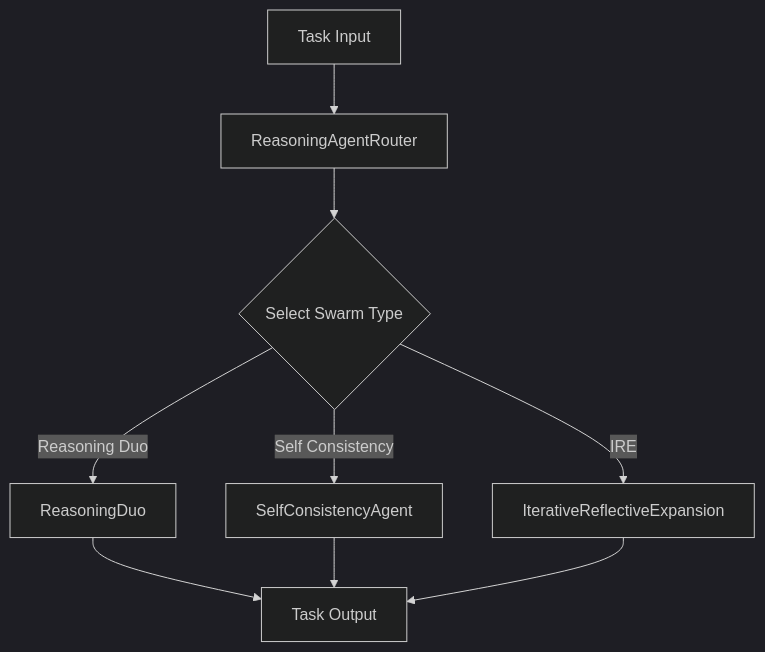
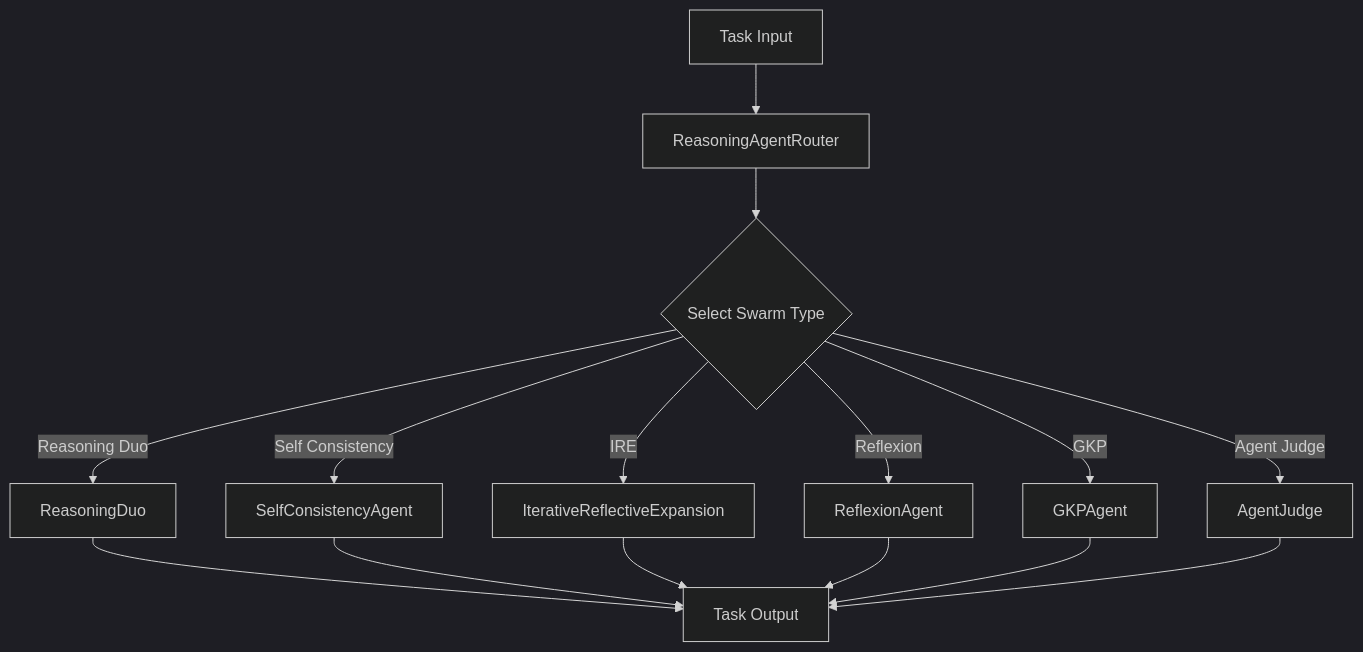
Before and after one commit to kyegomez/swarms: the diagram in docs/swarms/agents/reasoning_agent_router.md, drawn with Mermaid (dark theme). The commit also changed other lines of this file, not shown here.

Commit message:
reasoning agent router docs

````diff
--- a/docs/swarms/agents/reasoning_agent_router.md
+++ b/docs/swarms/agents/reasoning_agent_router.md
@@ -7,11 +8,17 @@
 ```mermaid
 graph TD
     Task[Task Input] --> Router[ReasoningAgentRouter]
     Router --> SelectSwarm{Select Swarm Type}
     SelectSwarm -->|Reasoning Duo| RD[ReasoningDuo]
     SelectSwarm -->|Self Consistency| SC[SelfConsistencyAgent]
     SelectSwarm -->|IRE| IRE[IterativeReflectiveExpansion]
+    SelectSwarm -->|Reflexion| RF[ReflexionAgent]
+    SelectSwarm -->|GKP| GKP[GKPAgent]
+    SelectSwarm -->|Agent Judge| AJ[AgentJudge]
     RD --> Output[Task Output]
     SC --> Output
     IRE --> Output
+    RF --> Output
+    GKP --> Output
+    AJ --> Output
 ```
````
